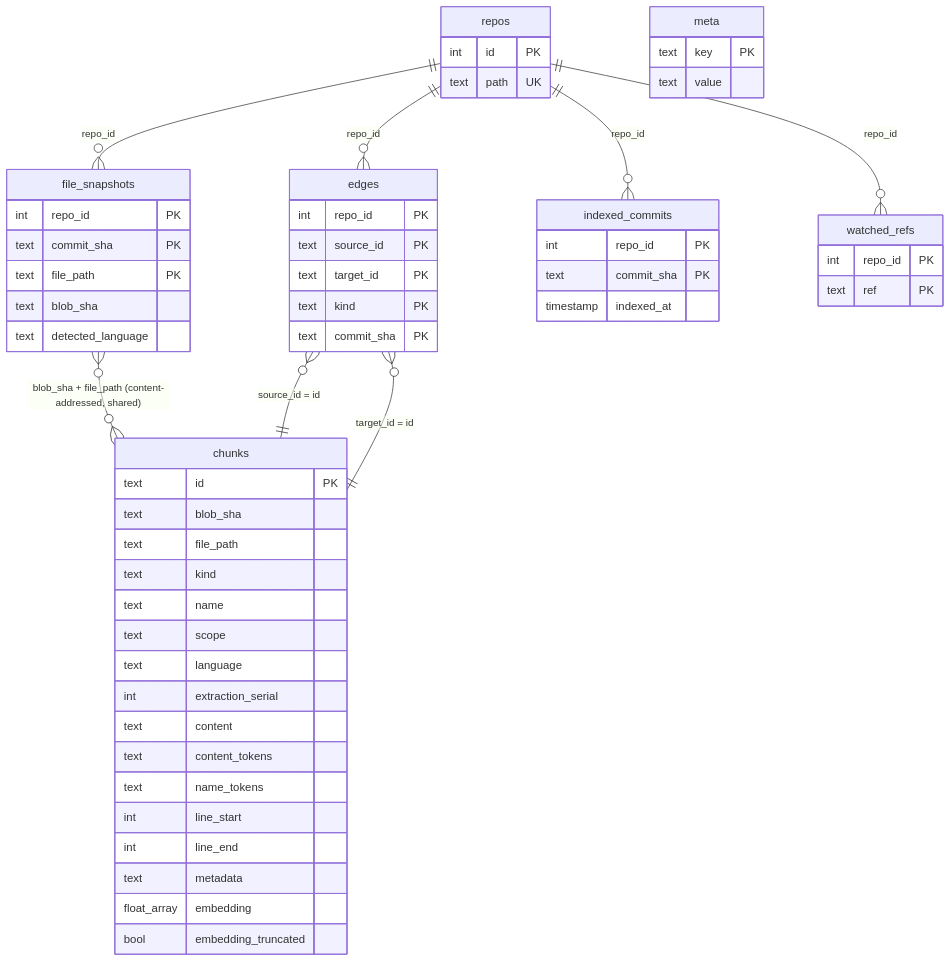
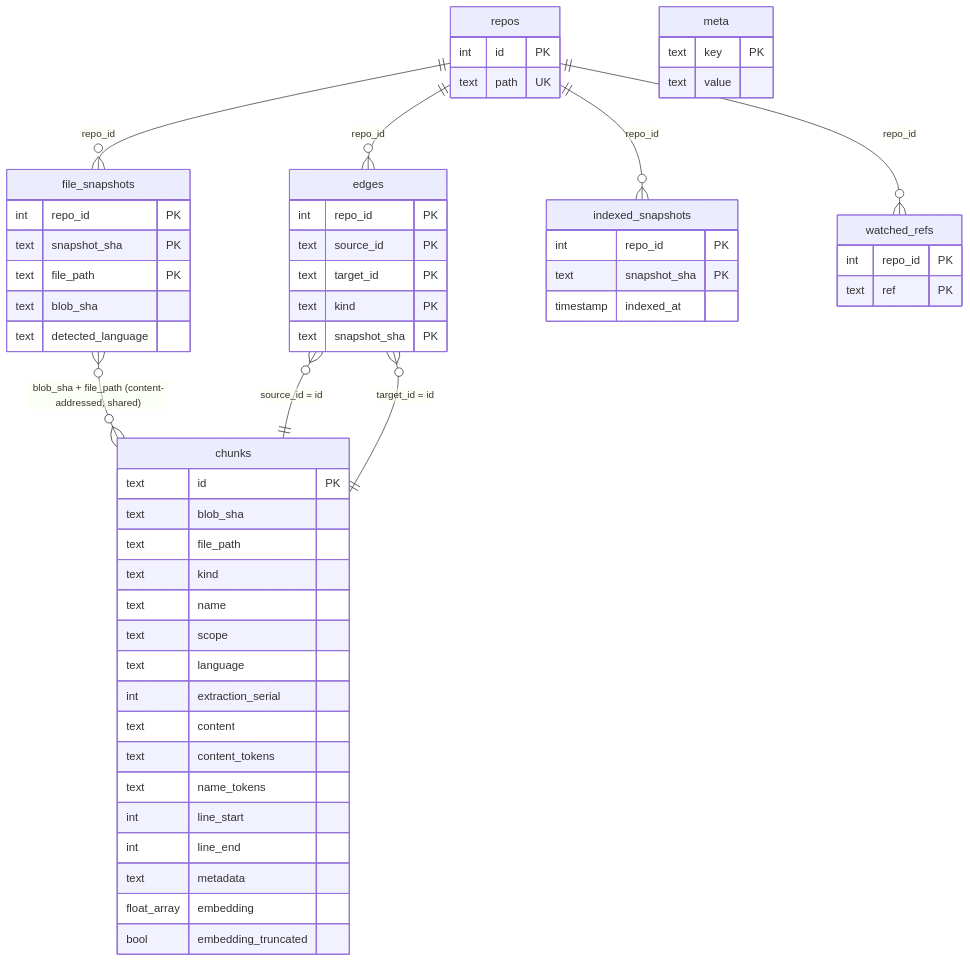
The fourth of 5 diagrams in packages/rbtr/ARCHITECTURE.md (janrito/rbtr), drawn with Mermaid before and after one commit. The commit also changed other lines of this file and 93 other files, not shown here.

````diff
--- a/packages/rbtr/ARCHITECTURE.md
+++ b/packages/rbtr/ARCHITECTURE.md
@@ -231,61 +231,61 @@
 ```mermaid
 erDiagram
     repos ||--o{ file_snapshots : "repo_id"
     repos ||--o{ edges : "repo_id"
-    repos ||--o{ indexed_commits : "repo_id"
+    repos ||--o{ indexed_snapshots : "repo_id"
     repos ||--o{ watched_refs : "repo_id"
 
     file_snapshots }o--o{ chunks : "blob_sha + file_path (content-addressed, shared)"
     edges }o--|| chunks : "source_id = id"
     edges }o--|| chunks : "target_id = id"
 
     repos {
         int id PK
         text path UK
     }
     file_snapshots {
         int repo_id PK
-        text commit_sha PK
+        text snapshot_sha PK
         text file_path PK
         text blob_sha
         text detected_language
     }
     chunks {
         text id PK
         text blob_sha
         text file_path
         text kind
         text name
         text scope
         text language
         int extraction_serial
         text content
         text content_tokens
         text name_tokens
         int line_start
         int line_end
         text metadata
         float_array embedding
         bool embedding_truncated
     }
     edges {
         int repo_id PK
         text source_id PK
         text target_id PK
         text kind PK
-        text commit_sha PK
+        text snapshot_sha PK
     }
-    indexed_commits {
+    indexed_snapshots {
         int repo_id PK
-        text commit_sha PK
+        text snapshot_sha PK
         timestamp indexed_at
     }
     watched_refs {
         int repo_id PK
         text ref PK
     }
     meta {
         text key PK
         text value
     }
 ```
````
